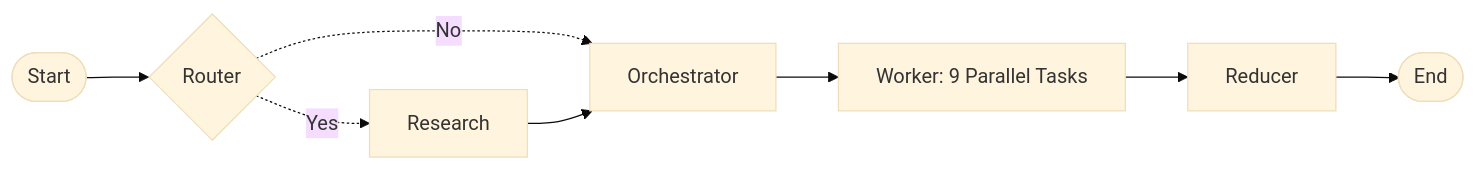
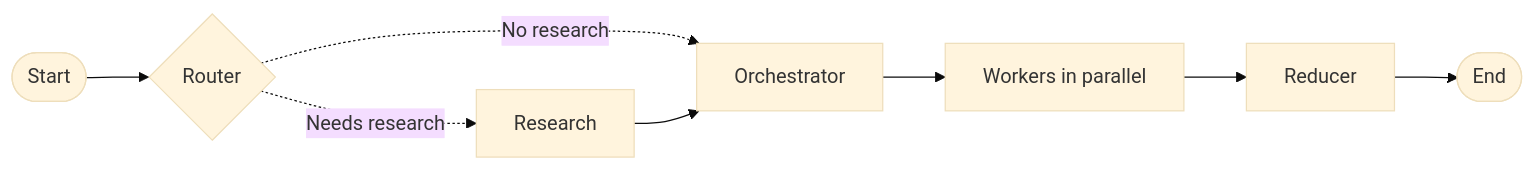
One commit to Suvam-Ray/blog_writing_multi_agent_system_with_streamlit_ui changed the first of 2 diagrams in README.md. Above: the diagram before and after it, drawn with Mermaid (base theme). The commit also changed other lines of this file and 19 other files, not shown here.

````diff
--- a/README.md
+++ b/README.md
@@ -9,10 +7,10 @@
 ```mermaid
 flowchart LR
     Start([Start]) --> Router{Router}
-    Router -.->|Yes| Research[Research]
-    Router -.->|No| Orchestrator[Orchestrator]
+    Router -.->|Needs research| Research[Research]
+    Router -.->|No research| Orchestrator[Orchestrator]
     Research --> Orchestrator
-    Orchestrator --> Worker[Worker: 9 Parallel Tasks]
+    Orchestrator --> Worker[Workers in parallel]
     Worker --> Reducer[Reducer]
     Reducer --> End([End])
 ```
````
